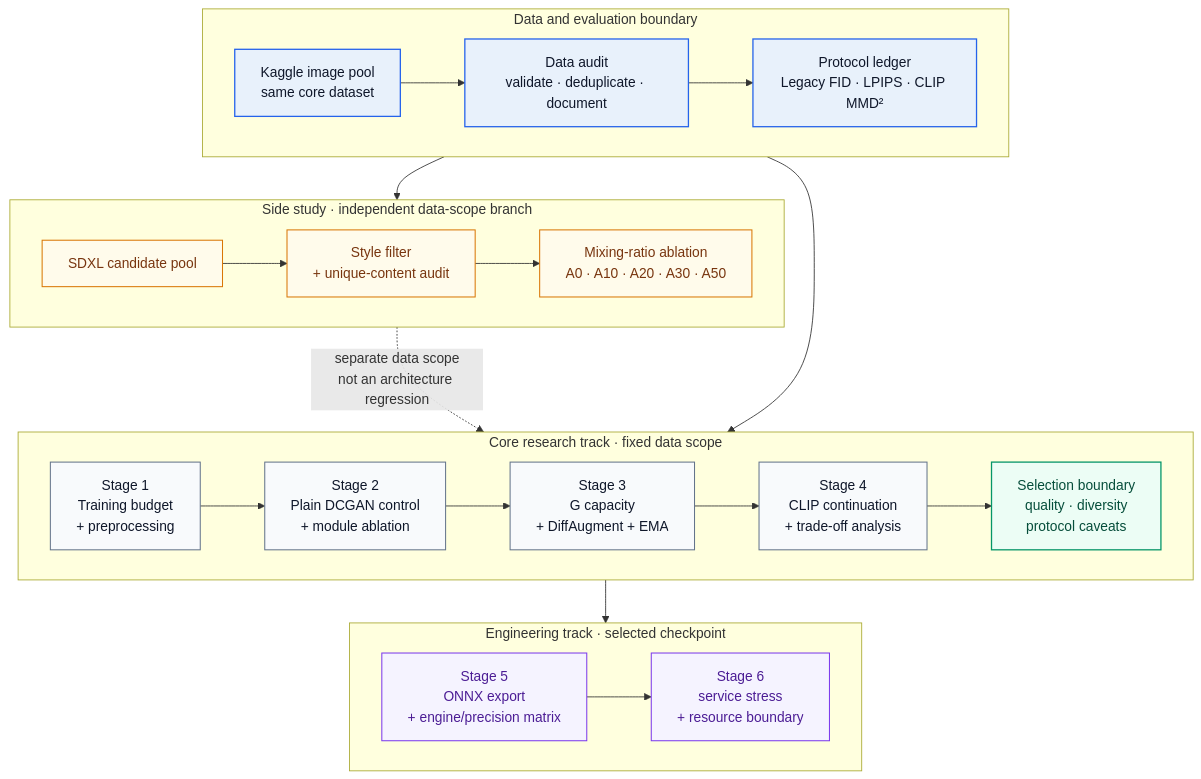
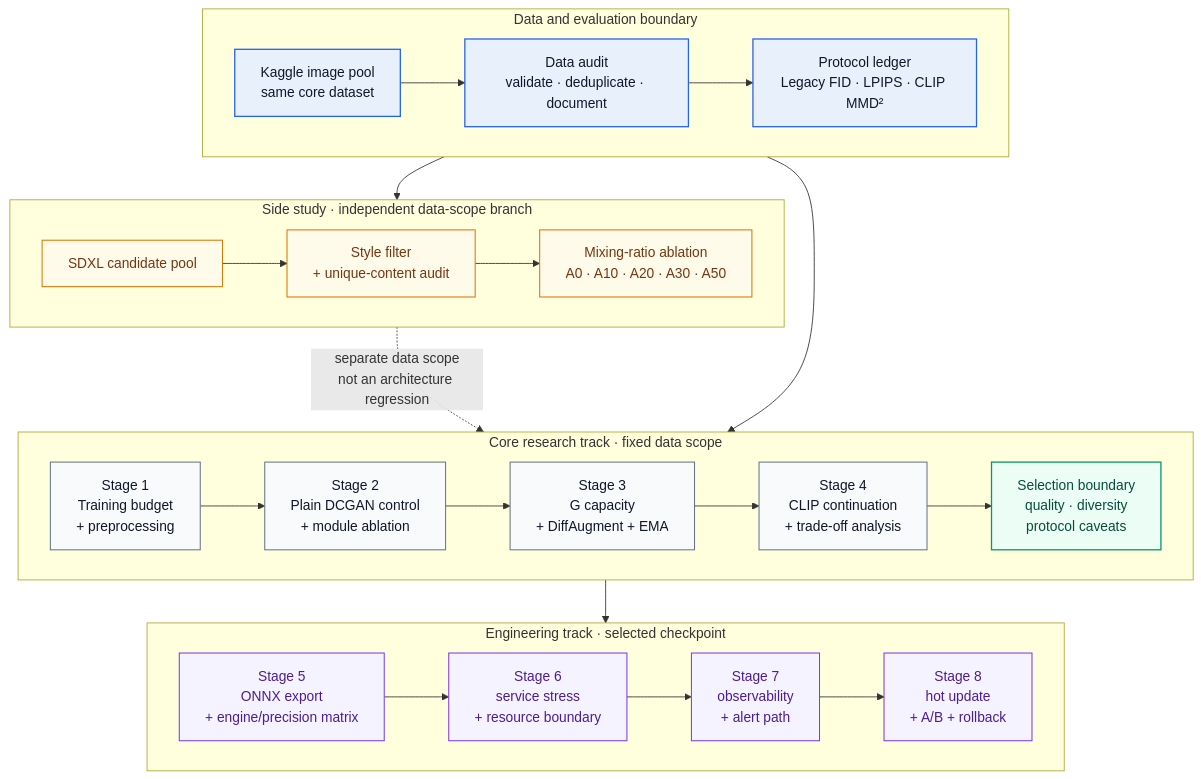
The first of 3 diagrams in README.md (luoge850-lang/dcgan-anime-face-lab), drawn with Mermaid before and after one commit. The commit also changed other lines of this file and 48 other files, not shown here.

```diff
--- a/README.md
+++ b/README.md
@@ -61,43 +66,45 @@
 ~~~mermaid
 flowchart TB
     subgraph DATA["Data and evaluation boundary"]
         direction LR
         A["Kaggle image pool<br/>same core dataset"] --> B["Data audit<br/>validate · deduplicate · document"]
         B --> P["Protocol ledger<br/>Legacy FID · LPIPS · CLIP MMD²"]
     end
 
     subgraph CORE["Core research track · fixed data scope"]
         direction LR
         C["Stage 1<br/>Training budget<br/>+ preprocessing"] --> D["Stage 2<br/>Plain DCGAN control<br/>+ module ablation"]
         D --> E["Stage 3<br/>G capacity<br/>+ DiffAugment + EMA"]
         E --> F["Stage 4<br/>CLIP continuation<br/>+ trade-off analysis"]
         F --> G["Selection boundary<br/>quality · diversity<br/>protocol caveats"]
     end
 
     subgraph SIDE["Side study · independent data-scope branch"]
         direction LR
         H["SDXL candidate pool"] --> I["Style filter<br/>+ unique-content audit"]
         I --> J["Mixing-ratio ablation<br/>A0 · A10 · A20 · A30 · A50"]
     end
 
     subgraph DEPLOY["Engineering track · selected checkpoint"]
         direction LR
         K["Stage 5<br/>ONNX export<br/>+ engine/precision matrix"] --> L["Stage 6<br/>service stress<br/>+ resource boundary"]
+        L --> M["Stage 7<br/>observability<br/>+ alert path"]
+        M --> N["Stage 8<br/>hot update<br/>+ A/B + rollback"]
     end
 
     P --> C
     P --> H
     G --> K
     J -. "separate data scope<br/>not an architecture regression" .-> G
 
     classDef boundary fill:#e8f1fb,stroke:#2563eb,color:#0f172a,stroke-width:1.5px;
     classDef stage fill:#f8fafc,stroke:#64748b,color:#0f172a,stroke-width:1.2px;
     classDef decision fill:#ecfdf5,stroke:#059669,color:#064e3b,stroke-width:1.5px;
     classDef side fill:#fffbeb,stroke:#d97706,color:#78350f,stroke-width:1.2px;
     classDef deploy fill:#f5f3ff,stroke:#7c3aed,color:#4c1d95,stroke-width:1.2px;
     class A,B,P boundary;
     class C,D,E,F stage;
     class G decision;
     class H,I,J side;
-    class K,L deploy;
+    class K,L,M,N deploy;
 ~~~
```
